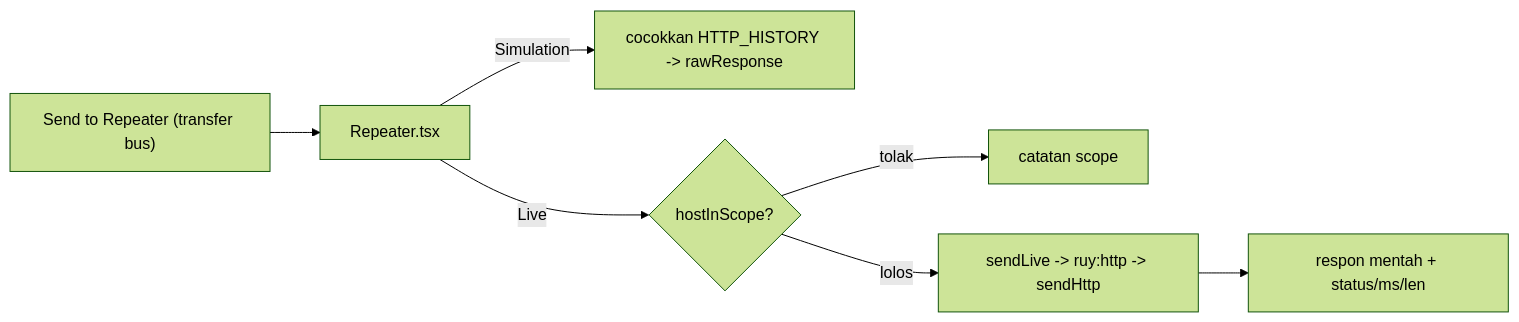
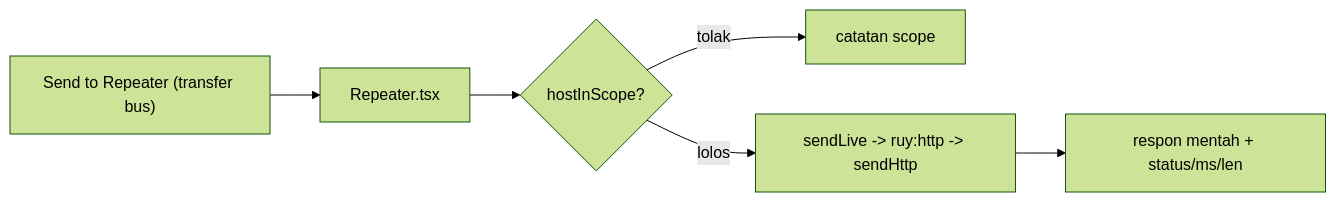
One commit to AlatBekam/Interu changed the diagram in docs/022_repeater.md. Above: the diagram before and after it, drawn with Mermaid (forest theme). The commit also changed other lines of this file and 23 other files, not shown here.

````diff
--- a/docs/022_repeater.md
+++ b/docs/022_repeater.md
@@ -19,9 +19,8 @@
 ```mermaid
 flowchart LR
   IN["Send to Repeater (transfer bus)"] --> R["Repeater.tsx"]
-  R -->|"Simulation"| SIM["cocokkan HTTP_HISTORY -> rawResponse"]
-  R -->|"Live"| G{"hostInScope?"}
+  R --> G{"hostInScope?"}
   G -->|"tolak"| N["catatan scope"]
   G -->|"lolos"| H["sendLive -> ruy:http -> sendHttp"]
   H --> OUT["respon mentah + status/ms/len"]
 ```
````
